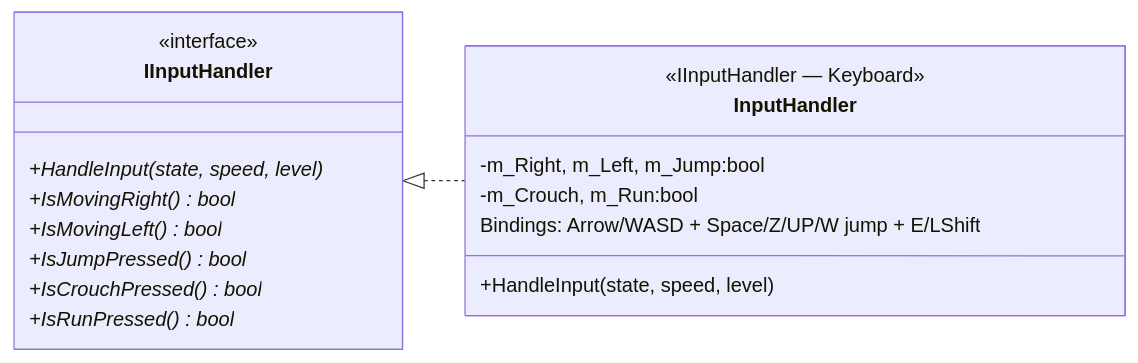
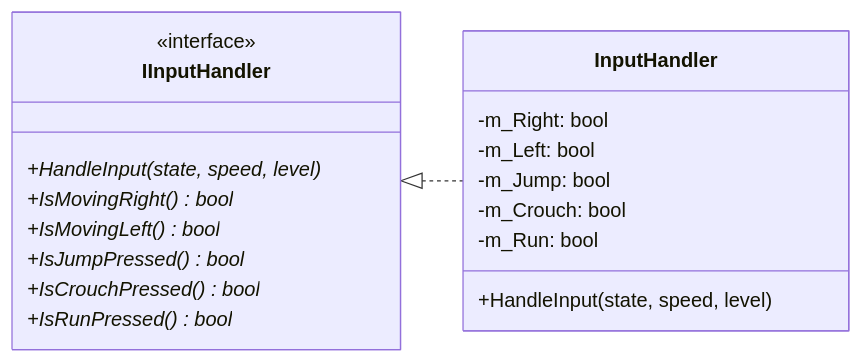
One commit to Andy87877/NTUT_OOPL_mario changed diagram 11 of 23 in Constructure.md. Above: the diagram before and after it, drawn with Mermaid. The commit also changed other lines of this file, not shown here.

````diff
--- a/Constructure.md
+++ b/Constructure.md
@@ -769,24 +767,25 @@
 ```mermaid
 classDiagram
     direction LR
 
     class IInputHandler {
         <<interface>>
         +HandleInput(state, speed, level)*
         +IsMovingRight() bool*
         +IsMovingLeft() bool*
         +IsJumpPressed() bool*
         +IsCrouchPressed() bool*
         +IsRunPressed() bool*
     }
 
     class InputHandler {
-        <<IInputHandler — Keyboard>>
-        -m_Right, m_Left, m_Jump:bool
-        -m_Crouch, m_Run:bool
-        Bindings: Arrow/WASD + Space/Z/UP/W jump + E/LShift
+        -m_Right: bool
+        -m_Left: bool
+        -m_Jump: bool
+        -m_Crouch: bool
+        -m_Run: bool
         +HandleInput(state, speed, level)
     }
 
     IInputHandler <|.. InputHandler
 ```
````
